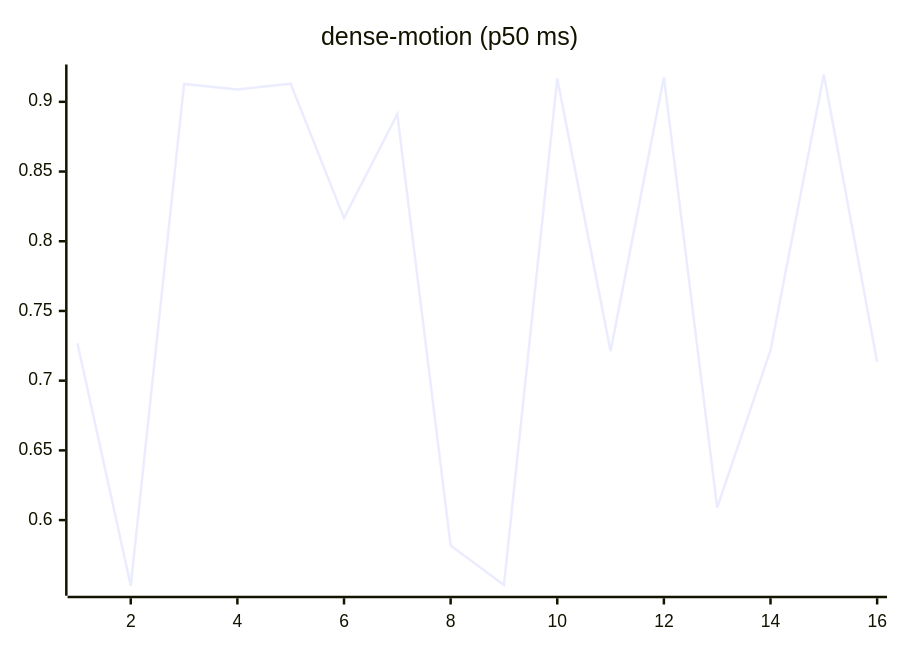
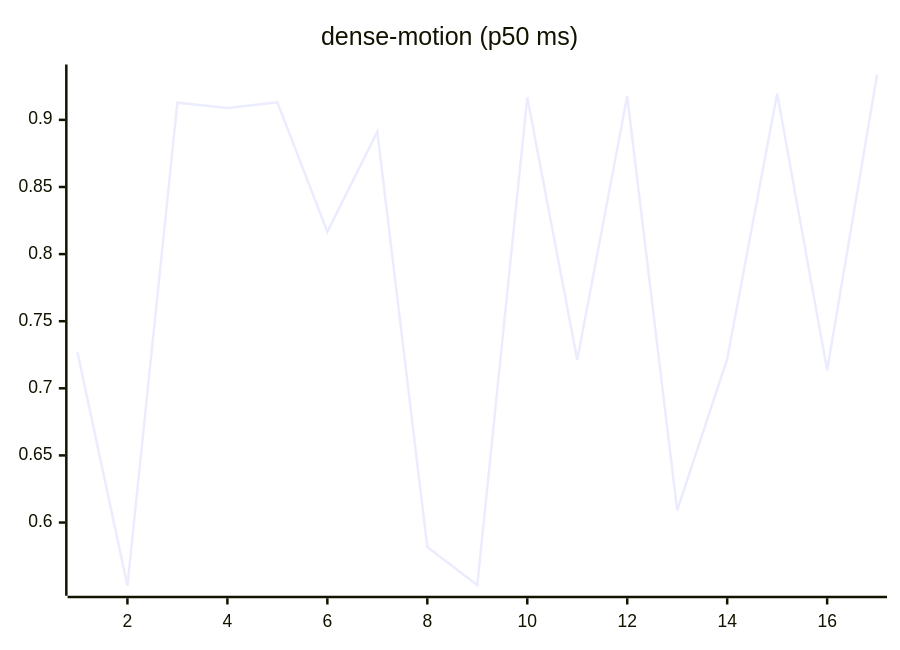
The ninth of 27 diagrams in README.md (josha/Facet), drawn with Mermaid before and after one commit. The commit also changed other lines of this file and 2 other files, not shown here.

````diff
--- a/README.md
+++ b/README.md
@@ -119,6 +119,6 @@
 ```mermaid
 xychart-beta
     title "dense-motion (p50 ms)"
-    x-axis 1 --> 16
-    line [0.7269, 0.5529, 0.9128, 0.9089, 0.9130, 0.8166, 0.8911, 0.5818, 0.5534, 0.9168, 0.7211, 0.9177, 0.6090, 0.7219, 0.9196, 0.7134]
+    x-axis 1 --> 17
+    line [0.7269, 0.5529, 0.9128, 0.9089, 0.9130, 0.8166, 0.8911, 0.5818, 0.5534, 0.9168, 0.7211, 0.9177, 0.6090, 0.7219, 0.9196, 0.7134, 0.9338]
 ```
````
